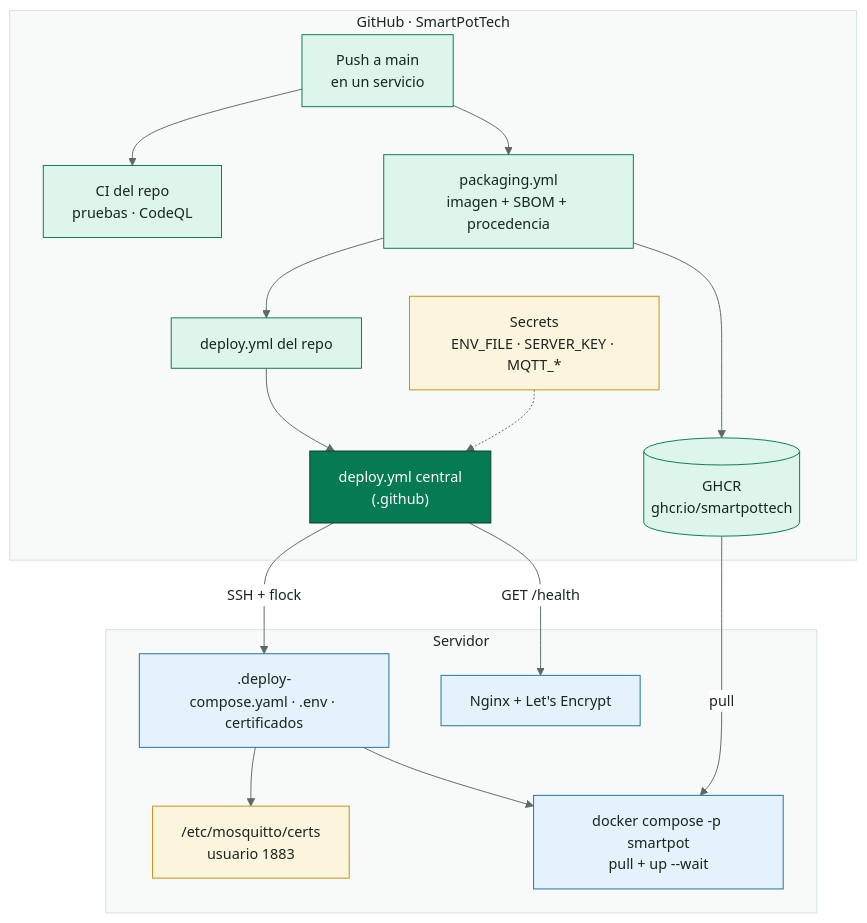
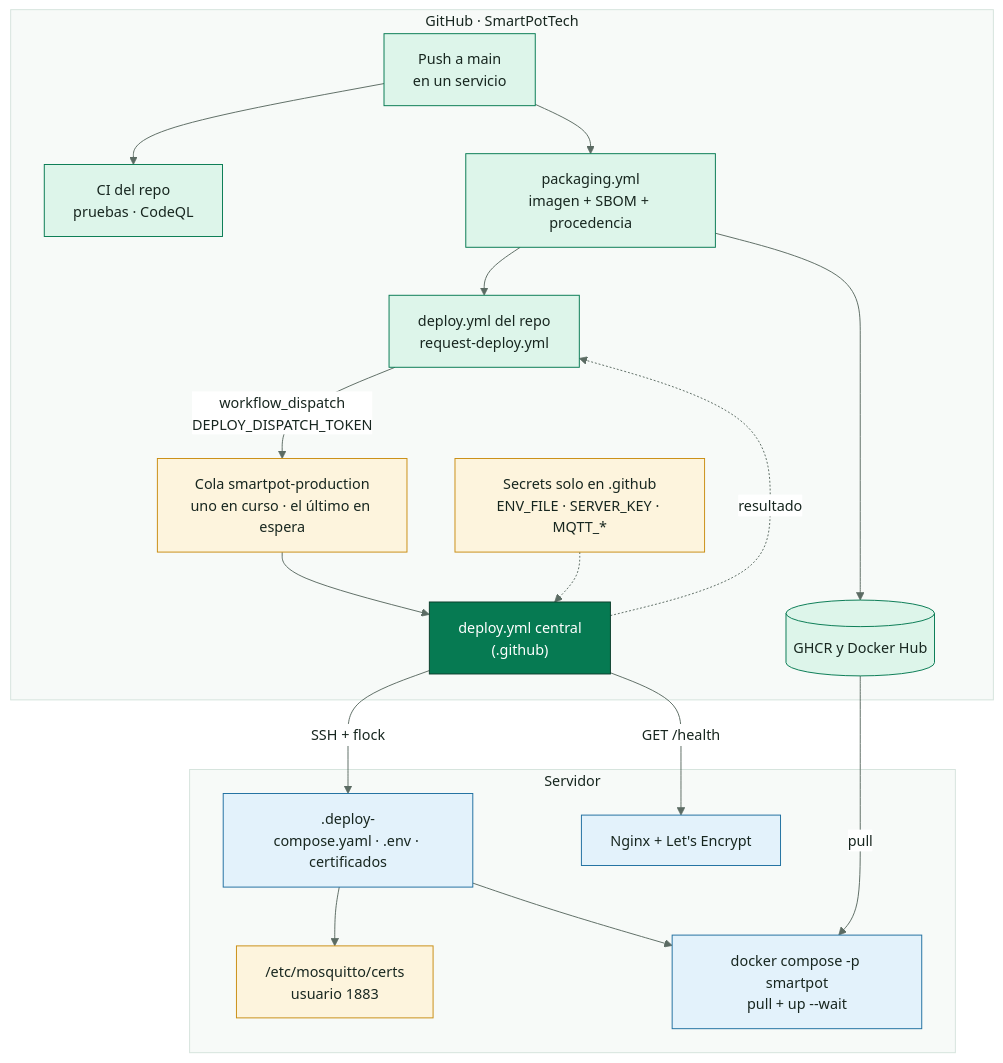
Before and after one commit to SmartPotTech/.github: the sixth of 8 diagrams in docs/SmartPot_Documentacion_Tecnica.md, drawn with Mermaid. The commit also changed other lines of this file, not shown here.

````diff
--- a/docs/SmartPot_Documentacion_Tecnica.md
+++ b/docs/SmartPot_Documentacion_Tecnica.md
@@ -557,31 +594,33 @@
 ```mermaid
 %%{init: {"theme": "base", "fontFamily": "Segoe UI, Arial, sans-serif", "themeVariables": {"fontFamily": "Segoe UI, Arial, sans-serif", "fontSize": "15px", "primaryColor": "#DDF5EA", "primaryTextColor": "#17261F", "primaryBorderColor": "#067A52", "secondaryColor": "#E3F2FB", "secondaryTextColor": "#17261F", "secondaryBorderColor": "#1F6FA0", "tertiaryColor": "#F2F7F4", "tertiaryTextColor": "#17261F", "tertiaryBorderColor": "#D5E3DC", "lineColor": "#5B6B63", "textColor": "#17261F", "mainBkg": "#DDF5EA", "nodeBorder": "#067A52", "clusterBkg": "#F7FAF8", "clusterBorder": "#D5E3DC", "edgeLabelBackground": "#FFFFFF", "actorBkg": "#067A52", "actorBorder": "#0B3D2B", "actorTextColor": "#FFFFFF", "actorLineColor": "#5B6B63", "signalColor": "#17261F", "signalTextColor": "#17261F", "labelBoxBkgColor": "#0B3D2B", "labelBoxBorderColor": "#0B3D2B", "labelTextColor": "#FFFFFF", "loopTextColor": "#0B3D2B", "noteBkgColor": "#FDF4DD", "noteBorderColor": "#C98D12", "noteTextColor": "#17261F", "activationBkgColor": "#DDF5EA", "activationBorderColor": "#067A52", "attributeBackgroundColorOdd": "#FFFFFF", "attributeBackgroundColorEven": "#F2F7F4"}}}%%
 flowchart TB
   subgraph github["GitHub · SmartPotTech"]
     repo["Push a main<br/>en un servicio"] --> ci["CI del repo<br/>pruebas · CodeQL"]
     repo --> pkg["packaging.yml<br/>imagen + SBOM + procedencia"]
-    pkg --> ghcr[("GHCR<br/>ghcr.io/smartpottech")]
-    pkg --> dep["deploy.yml del repo"]
-    dep --> central["deploy.yml central<br/>(.github)"]
-    secrets["Secrets<br/>ENV_FILE · SERVER_KEY · MQTT_*"] -.-> central
+    pkg --> ghcr[("GHCR y Docker Hub")]
+    pkg --> dep["deploy.yml del repo<br/>request-deploy.yml"]
+    dep -->|"workflow_dispatch<br/>DEPLOY_DISPATCH_TOKEN"| queue["Cola smartpot-production<br/>uno en curso · el último en espera"]
+    queue --> central["deploy.yml central<br/>(.github)"]
+    central -.->|"resultado"| dep
+    secrets["Secrets solo en .github<br/>ENV_FILE · SERVER_KEY · MQTT_*"] -.-> central
   end
   subgraph servidor["Servidor"]
     stage[".deploy-<id><br/>compose.yaml · .env · certificados"]
     certs["/etc/mosquitto/certs<br/>usuario 1883"]
     compose["docker compose -p smartpot<br/>pull + up --wait"]
     nginx["Nginx + Let's Encrypt"]
   end
   central -->|"SSH + flock"| stage
   stage --> certs
   stage --> compose
   ghcr -->|"pull"| compose
   central -->|"GET /health"| nginx
   classDef gh fill:#DDF5EA,stroke:#067A52,color:#17261F
   classDef key fill:#FDF4DD,stroke:#C98D12,color:#17261F
   classDef srv fill:#E3F2FB,stroke:#1F6FA0,color:#17261F
   classDef core fill:#067A52,stroke:#0B3D2B,color:#FFFFFF
   class repo,ci,pkg,dep gh
   class central core
-  class secrets,certs key
+  class secrets,certs,queue key
   class stage,compose,nginx srv
 ```
````
